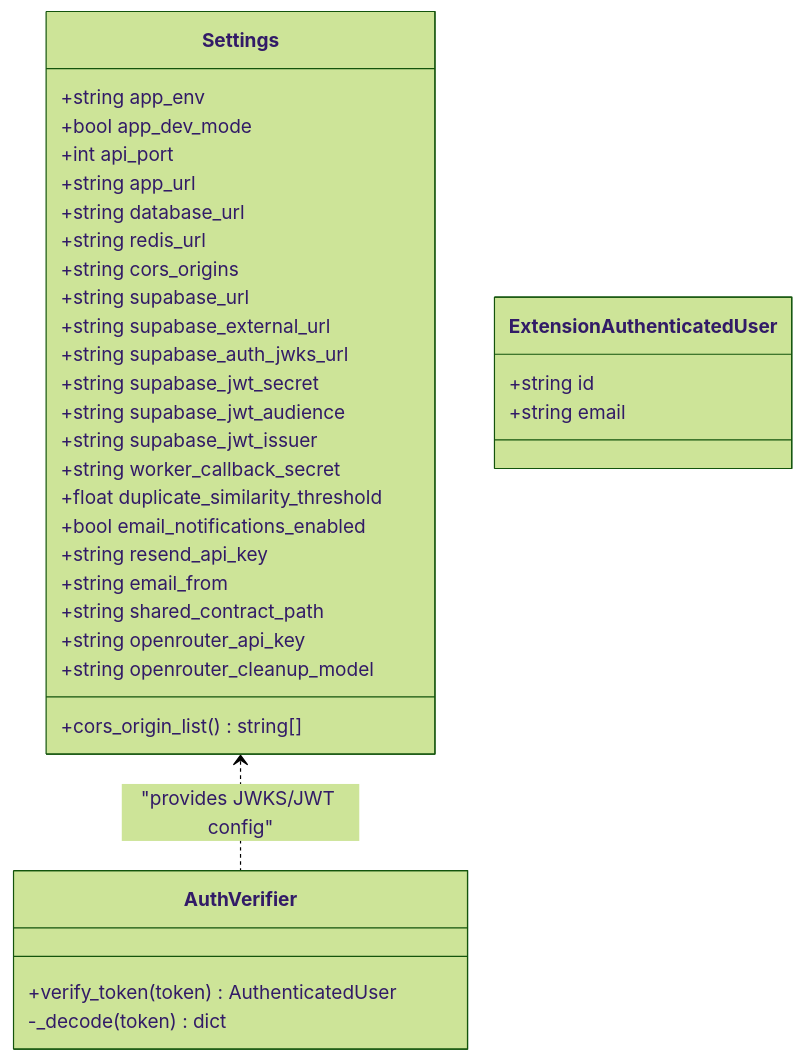
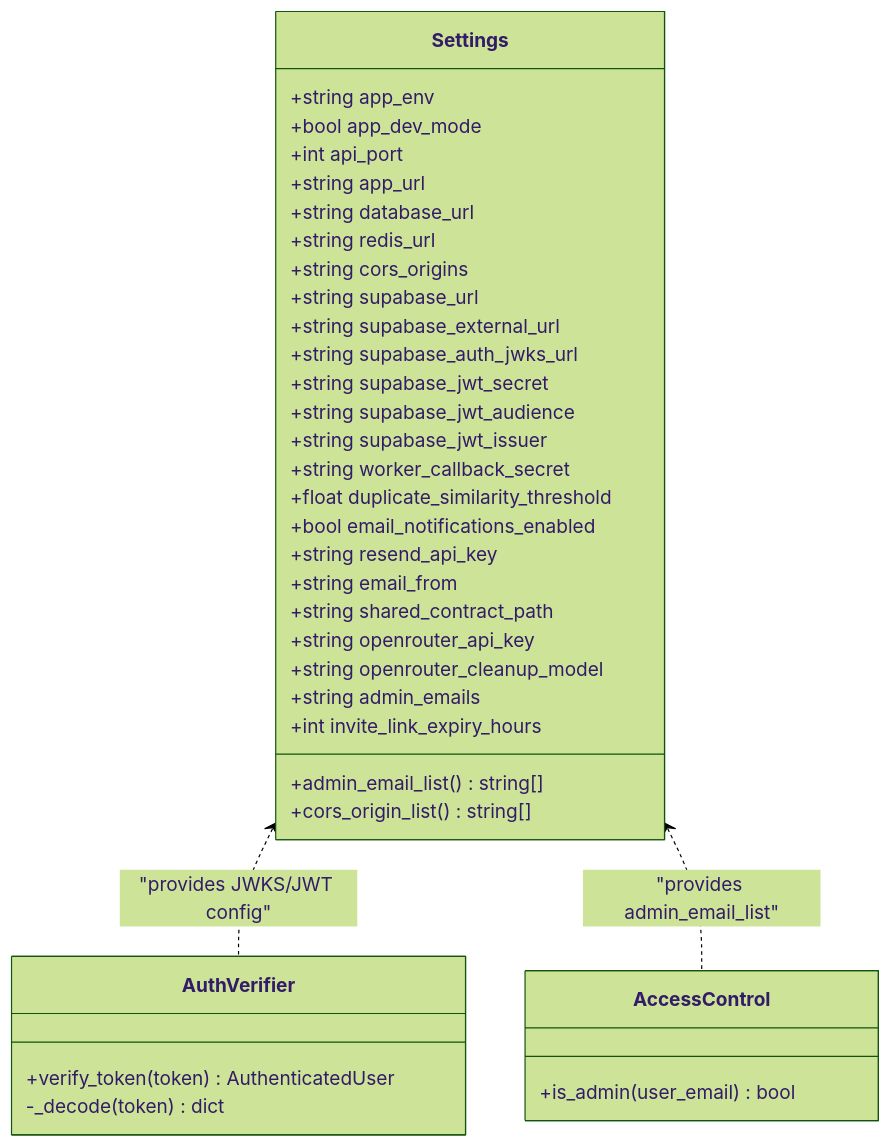
Before and after one commit to sankaL/resume-app: the third of 7 diagrams in .qoder/repowiki/en/content/Configuration and Environment/Configuration and Environment.md, drawn with Mermaid (forest theme). The commit also changed other lines of this file and 11 other files, not shown here.

````diff
--- a/.qoder/repowiki/en/content/Configuration and Environment/Configuration and Environment.md
+++ b/.qoder/repowiki/en/content/Configuration and Environment/Configuration and Environment.md
@@ -190,36 +214,39 @@
 ```mermaid
 classDiagram
 class Settings {
 +string app_env
 +bool app_dev_mode
 +int api_port
 +string app_url
 +string database_url
 +string redis_url
 +string cors_origins
 +string supabase_url
 +string supabase_external_url
 +string supabase_auth_jwks_url
 +string supabase_jwt_secret
 +string supabase_jwt_audience
 +string supabase_jwt_issuer
 +string worker_callback_secret
 +float duplicate_similarity_threshold
 +bool email_notifications_enabled
 +string resend_api_key
 +string email_from
 +string shared_contract_path
 +string openrouter_api_key
 +string openrouter_cleanup_model
++string admin_emails
++int invite_link_expiry_hours
++admin_email_list() string[]
 +cors_origin_list() string[]
 }
 class AuthVerifier {
 +verify_token(token) AuthenticatedUser
 -_decode(token) dict
 }
-class ExtensionAuthenticatedUser {
-+string id
-+string email
+class AccessControl {
++is_admin(user_email) bool
 }
 Settings <.. AuthVerifier : "provides JWKS/JWT config"
+Settings <.. AccessControl : "provides admin_email_list"
 ```
````
